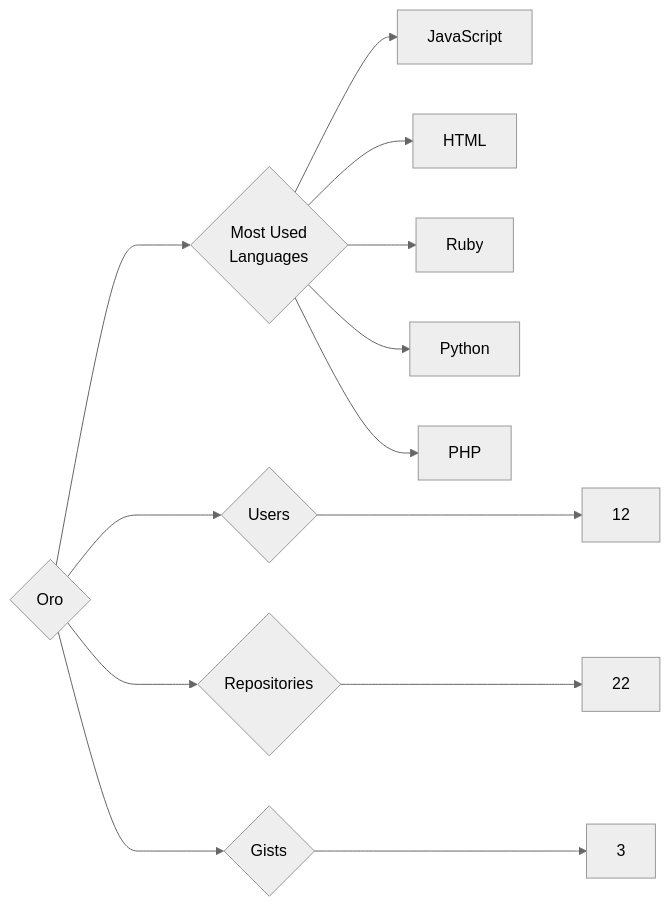
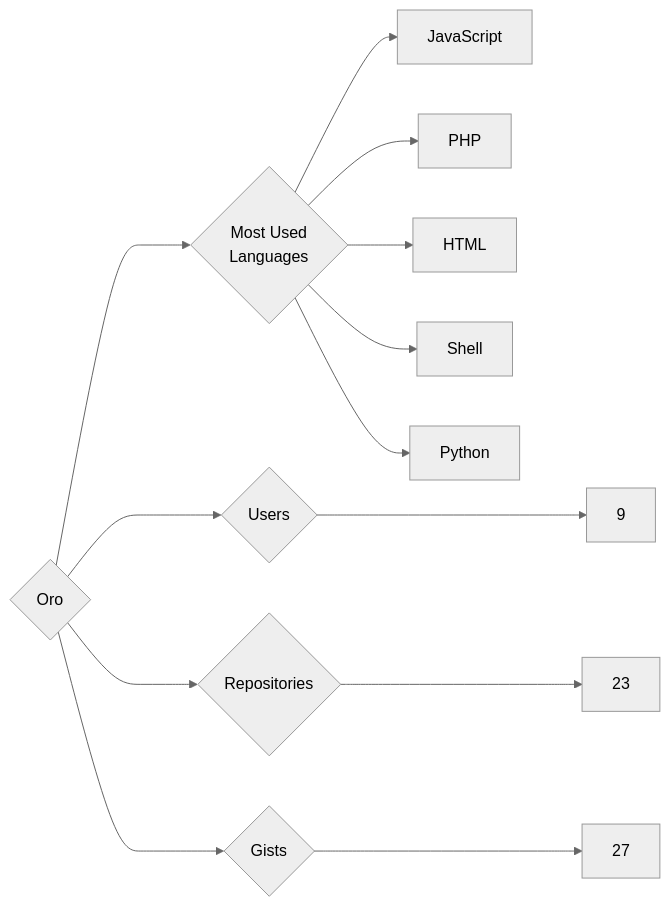
Before and after one commit to trickest/insiders: the diagram in targets/Oro/README.md, drawn with Mermaid (neutral theme). The commit also changed 964 other files, not shown here.

````diff
--- a/targets/Oro/README.md
+++ b/targets/Oro/README.md
@@ -3,13 +3,13 @@
 ```mermaid
 graph LR
 COMPANY_NAME{Oro}
-COMPANY_NAME ---> U{Users} ---> UN[12]
-COMPANY_NAME ---> R{Repositories} ---> RN[22]
-COMPANY_NAME ---> G{Gists} ---> GN[3]
+COMPANY_NAME ---> U{Users} ---> UN[9]
+COMPANY_NAME ---> R{Repositories} ---> RN[23]
+COMPANY_NAME ---> G{Gists} ---> GN[27]
 COMPANY_NAME ---> ML{Most Used<br>Languages}
 ML --> JavaScript[JavaScript]
+ML --> PHP[PHP]
 ML --> HTML[HTML]
-ML --> Ruby[Ruby]
+ML --> Shell[Shell]
 ML --> Python[Python]
-ML --> PHP[PHP]
 ```
````
